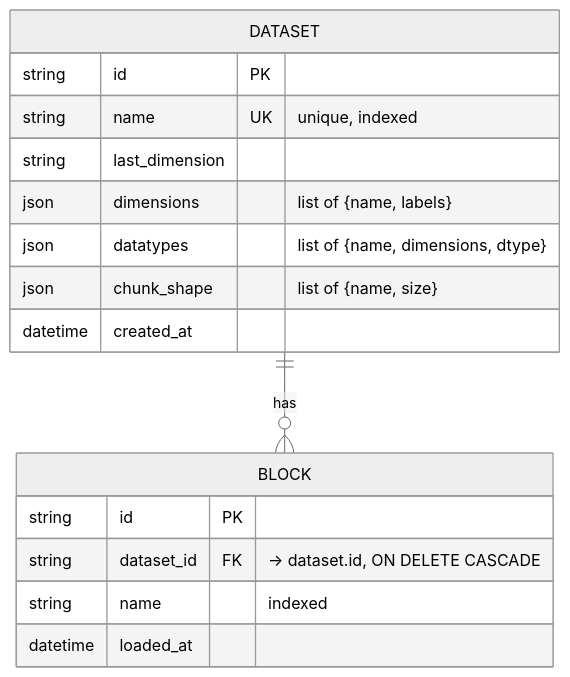
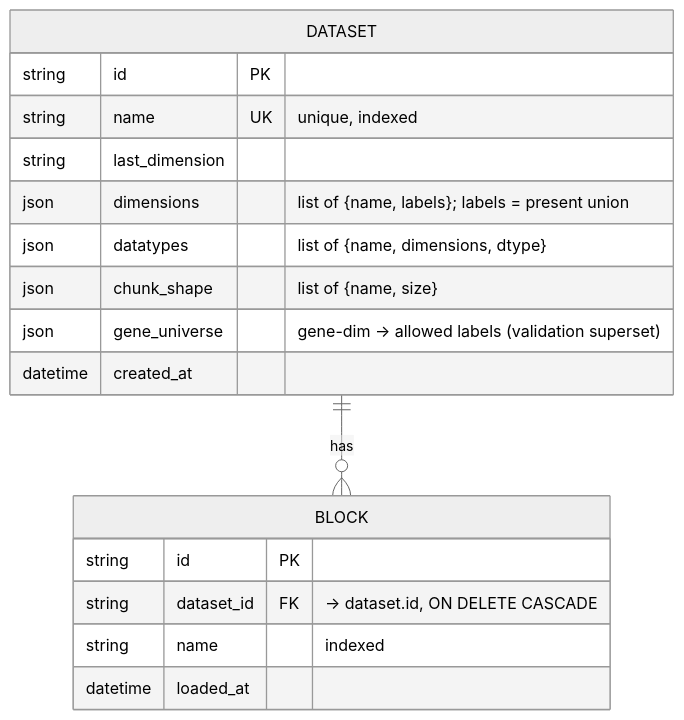
Before and after one commit to broadinstitute/cheesemonger: the diagram in docs/data_model.md, drawn with Mermaid (neutral theme). The commit also changed other lines of this file and 16 other files, not shown here.

Commit message:
Add gene-universe validation & present-union

````diff
--- a/docs/data_model.md
+++ b/docs/data_model.md
@@ -68,19 +69,20 @@
 ```mermaid
 erDiagram
     DATASET ||--o{ BLOCK : "has"
     DATASET {
         string   id PK
         string   name UK "unique, indexed"
         string   last_dimension
-        json     dimensions "list of {name, labels}"
+        json     dimensions "list of {name, labels}; labels = present union"
         json     datatypes  "list of {name, dimensions, dtype}"
         json     chunk_shape "list of {name, size}"
+        json     gene_universe "gene-dim -> allowed labels (validation superset)"
         datetime created_at
     }
     BLOCK {
         string   id PK
         string   dataset_id FK "-> dataset.id, ON DELETE CASCADE"
         string   name "indexed"
         datetime loaded_at
     }
 ```
````
